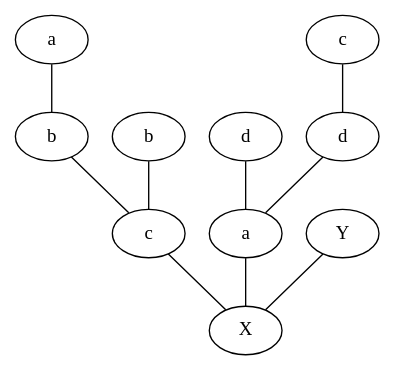
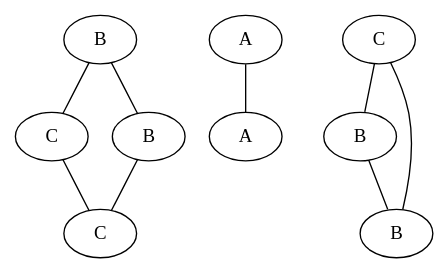
Before and after one commit to peep-hole/TiAG-Project: the diagram in Epoch3.gv, drawn with Graphviz. The commit also changed 34 other files, not shown here.

```diff
--- a/Epoch3.gv
+++ b/Epoch3.gv
@@ -1,21 +1,19 @@
 strict graph G {
-  1 [ label="a" ];
-  2 [ label="b" ];
-  3 [ label="c" ];
-  4 [ label="d" ];
-  5 [ label="b" ];
-  6 [ label="d" ];
-  7 [ label="a" ];
-  8 [ label="c" ];
-  0 [ label="Y" ];
-  9 [ label="X" ];
-  1 -- 5;
-  3 -- 6;
-  5 -- 8;
+  1 [ label="B" ];
+  2 [ label="C" ];
+  3 [ label="B" ];
+  4 [ label="C" ];
+  0 [ label="A" ];
+  5 [ label="A" ];
+  6 [ label="C" ];
+  7 [ label="B" ];
+  8 [ label="B" ];
+  1 -- 2;
+  3 -- 4;
+  1 -- 3;
+  2 -- 4;
+  0 -- 5;
   6 -- 7;
-  2 -- 8;
-  4 -- 7;
-  0 -- 9;
-  7 -- 9;
-  8 -- 9;
+  7 -- 8;
+  8 -- 6;
 }
```
